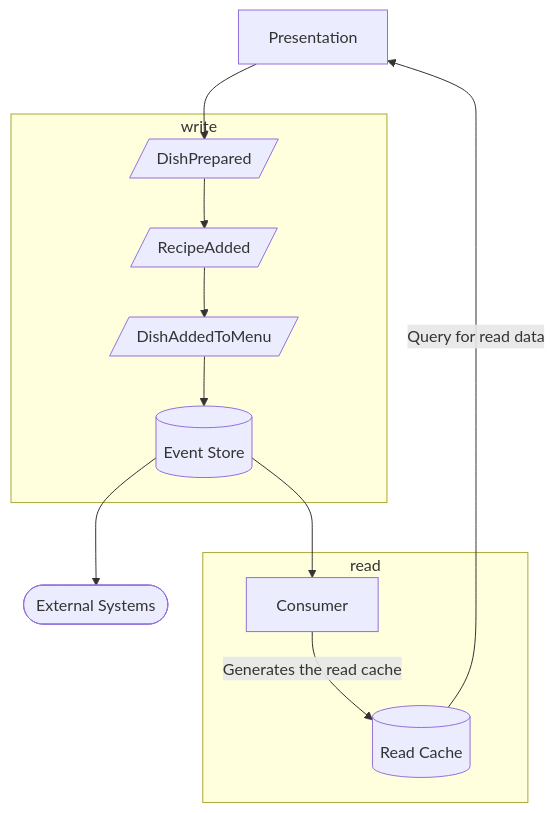
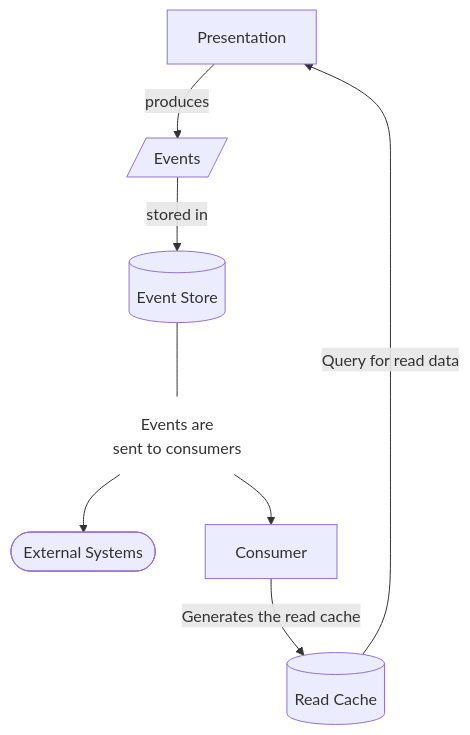
Before and after one commit to dolittle/Documentation: the diagram in Source/content/en/docs/concepts/event_sourcing.md, drawn with Mermaid.

Commit message:
simplify the event-sourcing diagram
having multiple events linking to each others was confusing

````diff
--- a/Source/content/en/docs/concepts/event_sourcing.md
+++ b/Source/content/en/docs/concepts/event_sourcing.md
@@ -14,14 +14,11 @@
 ```mermaid
 flowchart TB
-    P[Presentation] --> DP[/DishPrepared/]
-    subgraph write
-        DP --> RA[/RecipeAdded/] --> DATM[/DishAddedToMenu/]
-        DATM --> ES[(Event Store)]
-    end
-    ES --> Ext([External Systems])
-    subgraph read
-        ES --> Consumer -->|Generates the read cache| RC[(Read Cache)]
-    end
-    RC -->|Query for read data| P
+    Presentation --produces--> Events[/Events/]
+    Events --stored in--> EventStore[(Event Store)]
+    EventStore --- SendToConsumers["Events are<br/>sent to consumers"]:::transparent
+    SendToConsumers --> External([External Systems])
+    SendToConsumers --> Consumer --Generates the read cache--> ReadCache[(Read Cache)]
+    ReadCache -->|Query for read data| Presentation
 
+    classDef transparent stroke-width:0px,fill:#fff0;
 ```
````
